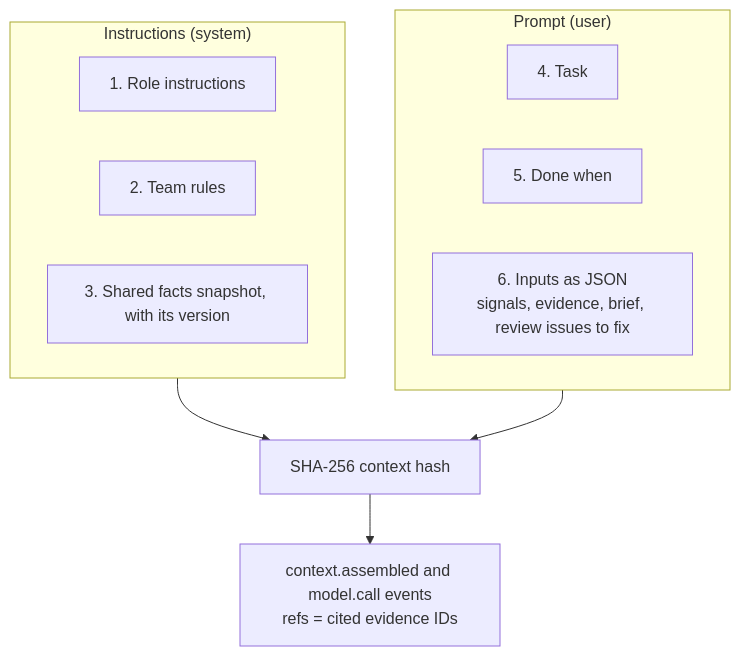
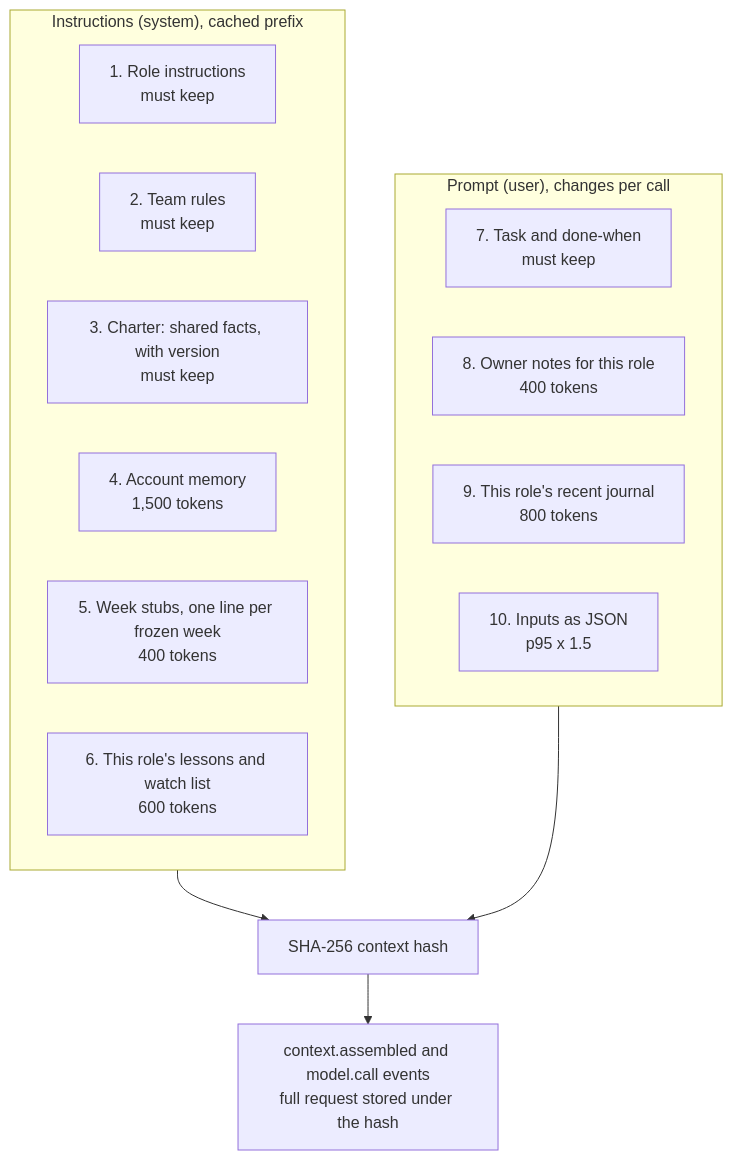
One commit to Jieyi-Deng/agent-beans changed the second of 8 diagrams in docs/harness.md. Above: the diagram before and after it, drawn with Mermaid. The commit also changed other lines of this file and 58 other files, not shown here.

````diff
--- a/docs/harness.md
+++ b/docs/harness.md
@@ -64,16 +69,20 @@
 ```mermaid
 flowchart TB
-    subgraph instructions["Instructions (system)"]
-        r["1. Role instructions"]
-        t["2. Team rules"]
-        f["3. Shared facts snapshot, with its version"]
+    subgraph instructions["Instructions (system), cached prefix"]
+        r["1. Role instructions<br/>must keep"]
+        t["2. Team rules<br/>must keep"]
+        f["3. Charter: shared facts, with version<br/>must keep"]
+        a["4. Account memory<br/>1,500 tokens"]
+        w["5. Week stubs, one line per frozen week<br/>400 tokens"]
+        l["6. This role's lessons and watch list<br/>600 tokens"]
     end
-    subgraph prompt["Prompt (user)"]
-        k["4. Task"]
-        d["5. Done when"]
-        i["6. Inputs as JSON<br/>signals, evidence, brief, review issues to fix"]
+    subgraph prompt["Prompt (user), changes per call"]
+        k["7. Task and done-when<br/>must keep"]
+        n["8. Owner notes for this role<br/>400 tokens"]
+        j["9. This role's recent journal<br/>800 tokens"]
+        i["10. Inputs as JSON<br/>p95 x 1.5"]
     end
     instructions --> h["SHA-256 context hash"]
     prompt --> h
-    h --> ev["context.assembled and model.call events<br/>refs = cited evidence IDs"]
+    h --> ev["context.assembled and model.call events<br/>full request stored under the hash"]
 ```
````
